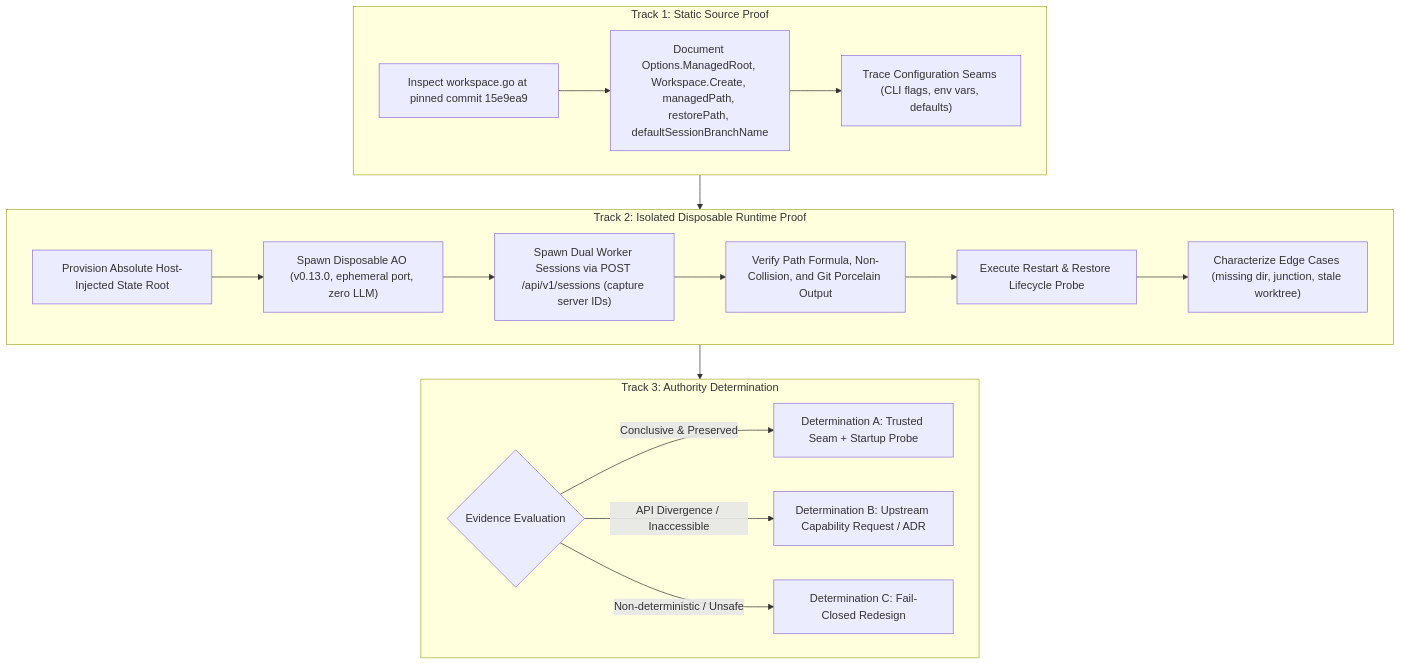
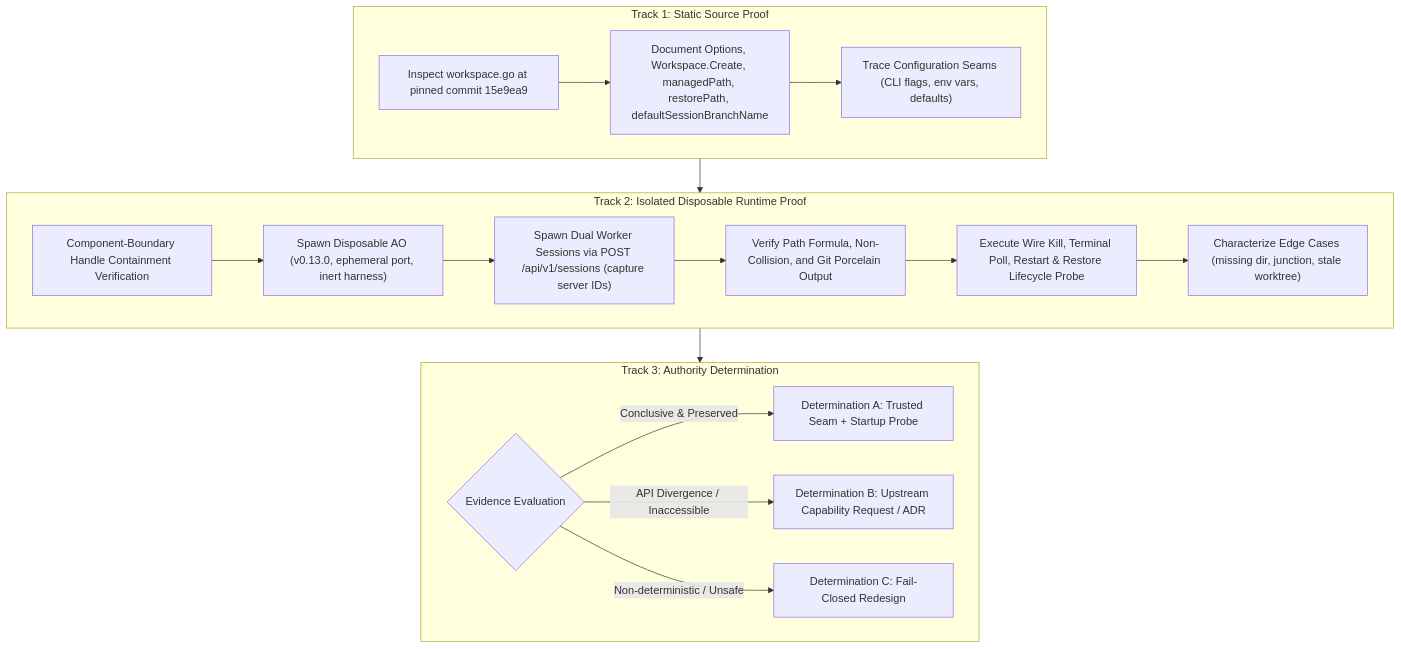
The diagram in docs/plans/PLAN-P04-WORKTREE-BINDING-PROOF.md (trungqwe/ai-supervisor), drawn with Mermaid before and after one commit. The commit also changed other lines of this file and 8 other files, not shown here.

Commit message:
docs(p04): record Re-Audit 003 and Erratum 003, remediate pre-contract architecture round 4

````diff
--- a/docs/plans/PLAN-P04-WORKTREE-BINDING-PROOF.md
+++ b/docs/plans/PLAN-P04-WORKTREE-BINDING-PROOF.md
@@ -31,24 +29,24 @@
 ```mermaid
 flowchart TD
     subgraph Track1 ["Track 1: Static Source Proof"]
-        T1A["Inspect workspace.go at pinned commit 15e9ea9"] --> T1B["Document Options.ManagedRoot, Workspace.Create, managedPath, restorePath, defaultSessionBranchName"]
+        T1A["Inspect workspace.go at pinned commit 15e9ea9"] --> T1B["Document Options, Workspace.Create, managedPath, restorePath, defaultSessionBranchName"]
         T1B --> T1C["Trace Configuration Seams (CLI flags, env vars, defaults)"]
     end
 
     subgraph Track2 ["Track 2: Isolated Disposable Runtime Proof"]
-        T2A["Provision Absolute Host-Injected State Root"] --> T2B["Spawn Disposable AO (v0.13.0, ephemeral port, zero LLM)"]
+        T2A["Component-Boundary Handle Containment Verification"] --> T2B["Spawn Disposable AO (v0.13.0, ephemeral port, inert harness)"]
         T2B --> T2C["Spawn Dual Worker Sessions via POST /api/v1/sessions (capture server IDs)"]
         T2C --> T2D["Verify Path Formula, Non-Collision, and Git Porcelain Output"]
-        T2D --> T2E["Execute Restart & Restore Lifecycle Probe"]
+        T2D --> T2E["Execute Wire Kill, Terminal Poll, Restart & Restore Lifecycle Probe"]
         T2E --> T2F["Characterize Edge Cases (missing dir, junction, stale worktree)"]
     end
 
     subgraph Track3 ["Track 3: Authority Determination"]
         T3A{"Evidence Evaluation"}
         T3A -->|Conclusive & Preserved| DetA["Determination A: Trusted Seam + Startup Probe"]
         T3A -->|API Divergence / Inaccessible| DetB["Determination B: Upstream Capability Request / ADR"]
         T3A -->|Non-deterministic / Unsafe| DetC["Determination C: Fail-Closed Redesign"]
     end
 
     Track1 --> Track2 --> Track3
 ```
````
